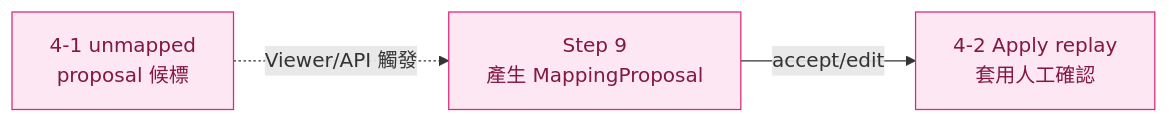
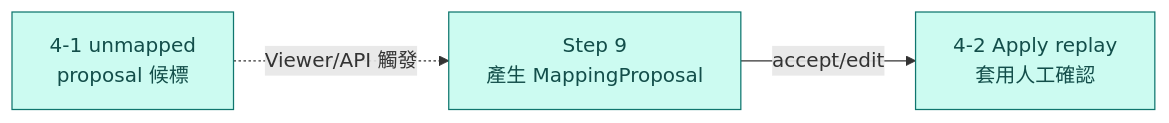
The second of 3 diagrams in docs/work/Timmy/schedule/plan/unfinish/phase4-scanner-expansion/00-phase2-pipeline-ascii-map.md (1104030360/Systograph), drawn with Mermaid before and after one commit. The commit also changed other lines of this file and 36 other files, not shown here.

````diff
--- a/docs/work/Timmy/schedule/plan/unfinish/phase4-scanner-expansion/00-phase2-pipeline-ascii-map.md
+++ b/docs/work/Timmy/schedule/plan/unfinish/phase4-scanner-expansion/00-phase2-pipeline-ascii-map.md
@@ -393,13 +393,13 @@
 ```mermaid
 flowchart LR
   A["4-1 unmapped<br/>proposal 候標"]
   B["Step 9<br/>產生 MappingProposal"]
   C["4-2 Apply replay<br/>套用人工確認"]
 
   A -.->|"Viewer/API 觸發"| B
   B -->|"accept/edit"| C
 
-  style A fill:#fce7f3,stroke:#db2777,color:#831843
-  style B fill:#fce7f3,stroke:#db2777,color:#831843
-  style C fill:#fce7f3,stroke:#db2777,color:#831843
+  style A fill:#ccfbf1,stroke:#0f766e,color:#134e4a
+  style B fill:#ccfbf1,stroke:#0f766e,color:#134e4a
+  style C fill:#ccfbf1,stroke:#0f766e,color:#134e4a
 ```
````
